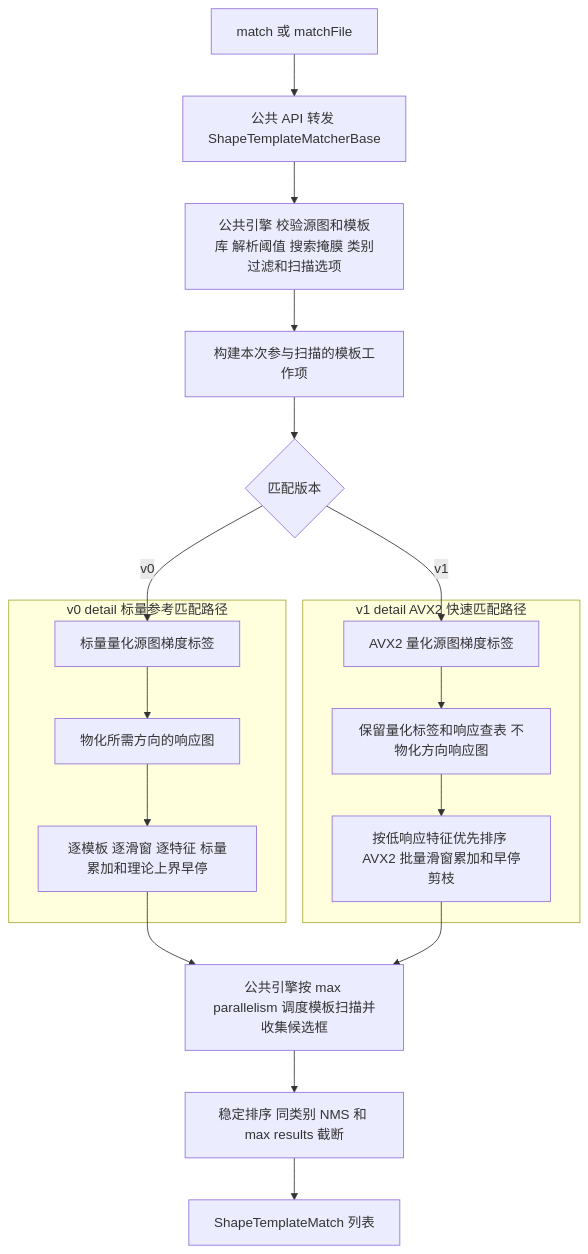
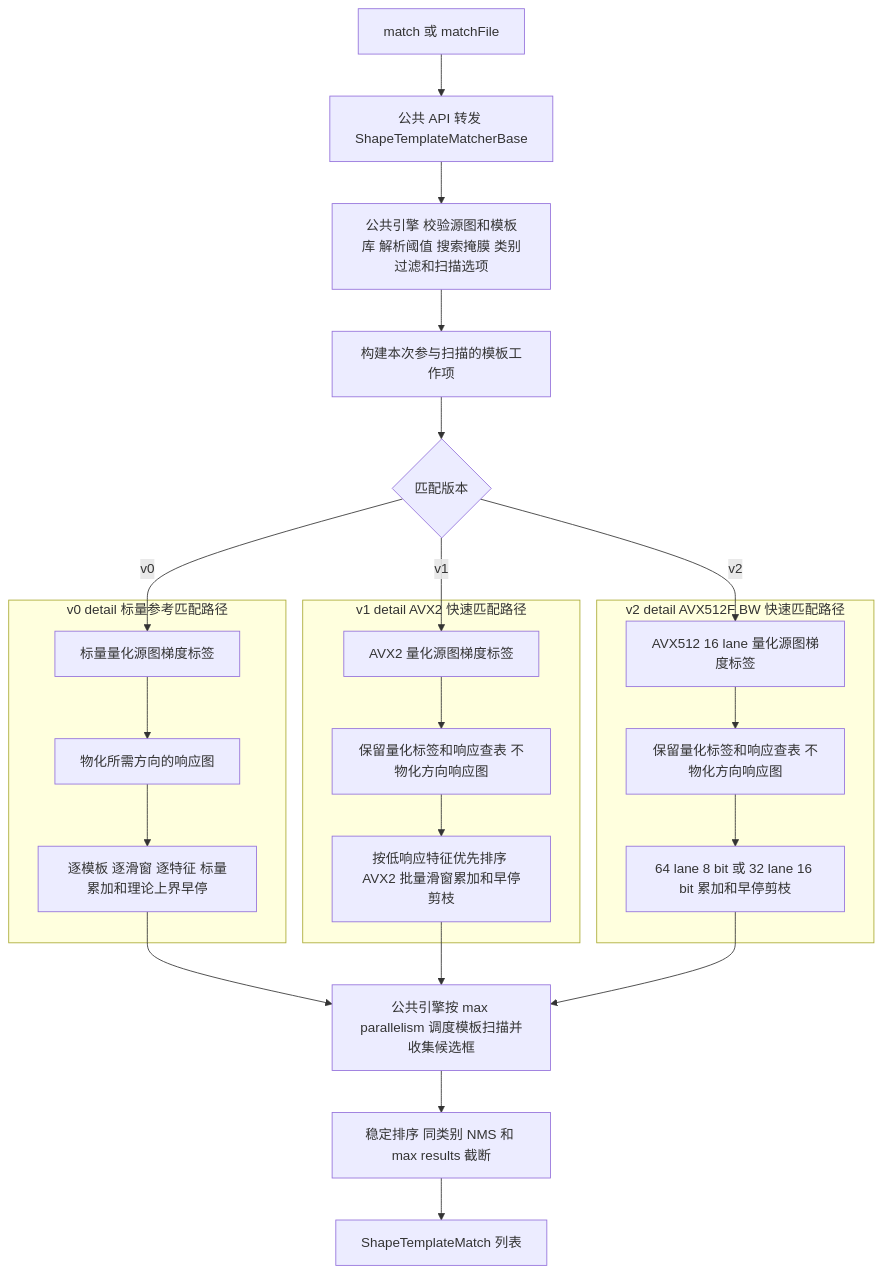
One commit to QWERDF007/InferRT changed the second of 2 diagrams in src/features/ShapeTemplateMatchingFlow.md. Above: the diagram before and after it, drawn with Mermaid. The commit also changed other lines of this file and 16 other files, not shown here.

````diff
--- a/src/features/ShapeTemplateMatchingFlow.md
+++ b/src/features/ShapeTemplateMatchingFlow.md
@@ -236,38 +250,48 @@
 ```mermaid
 graph TB
     MatchStart["match 或 matchFile"];
     MatchApi["公共 API 转发 ShapeTemplateMatcherBase"];
     MatchPrepare["公共引擎 校验源图和模板库 解析阈值 搜索掩膜 类别过滤和扫描选项"];
     MatchWork["构建本次参与扫描的模板工作项"];
     MatchVersion{"匹配版本"};
     MatchStart --> MatchApi;
     MatchApi --> MatchPrepare;
     MatchPrepare --> MatchWork;
     MatchWork --> MatchVersion;
 
     subgraph V0Match["v0 detail 标量参考匹配路径"]
         V0Labels["标量量化源图梯度标签"];
         V0Maps["物化所需方向的响应图"];
         V0Scan["逐模板 逐滑窗 逐特征 标量累加和理论上界早停"];
         V0Labels --> V0Maps;
         V0Maps --> V0Scan;
     end
 
     subgraph V1Match["v1 detail AVX2 快速匹配路径"]
         V1Labels["AVX2 量化源图梯度标签"];
         V1Lookup["保留量化标签和响应查表 不物化方向响应图"];
         V1Scan["按低响应特征优先排序 AVX2 批量滑窗累加和早停剪枝"];
         V1Labels --> V1Lookup;
         V1Lookup --> V1Scan;
     end
 
+    subgraph V2Match["v2 detail AVX512F BW 快速匹配路径"]
+        V2Labels["AVX512 16 lane 量化源图梯度标签"];
+        V2Lookup["保留量化标签和响应查表 不物化方向响应图"];
+        V2Scan["64 lane 8 bit 或 32 lane 16 bit 累加和早停剪枝"];
+        V2Labels --> V2Lookup;
+        V2Lookup --> V2Scan;
+    end
+
     MatchVersion -->|v0| V0Labels;
     MatchVersion -->|v1| V1Labels;
+    MatchVersion -->|v2| V2Labels;
     MatchCollect["公共引擎按 max parallelism 调度模板扫描并收集候选框"];
     MatchPost["稳定排序 同类别 NMS 和 max results 截断"];
     MatchResult["ShapeTemplateMatch 列表"];
     V0Scan --> MatchCollect;
     V1Scan --> MatchCollect;
+    V2Scan --> MatchCollect;
     MatchCollect --> MatchPost;
     MatchPost --> MatchResult;
 ```
````
